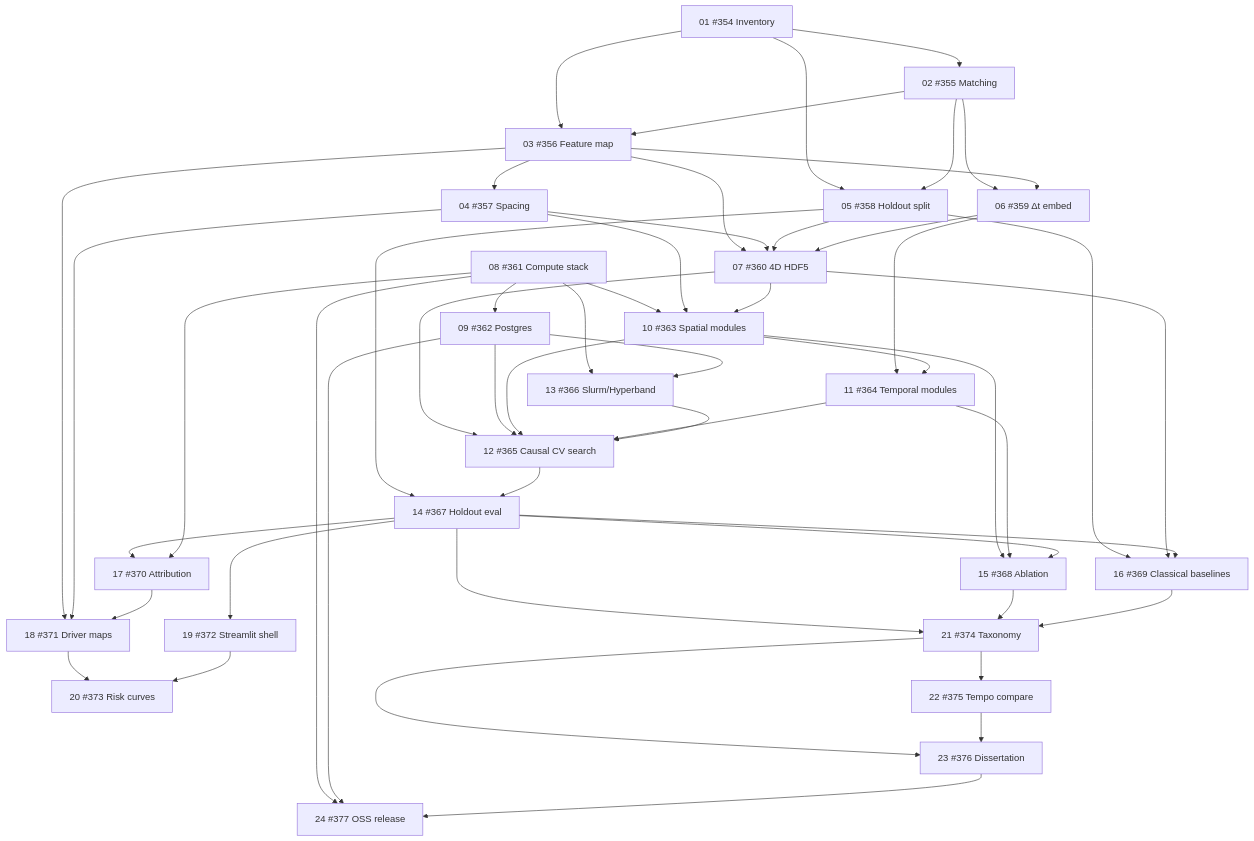
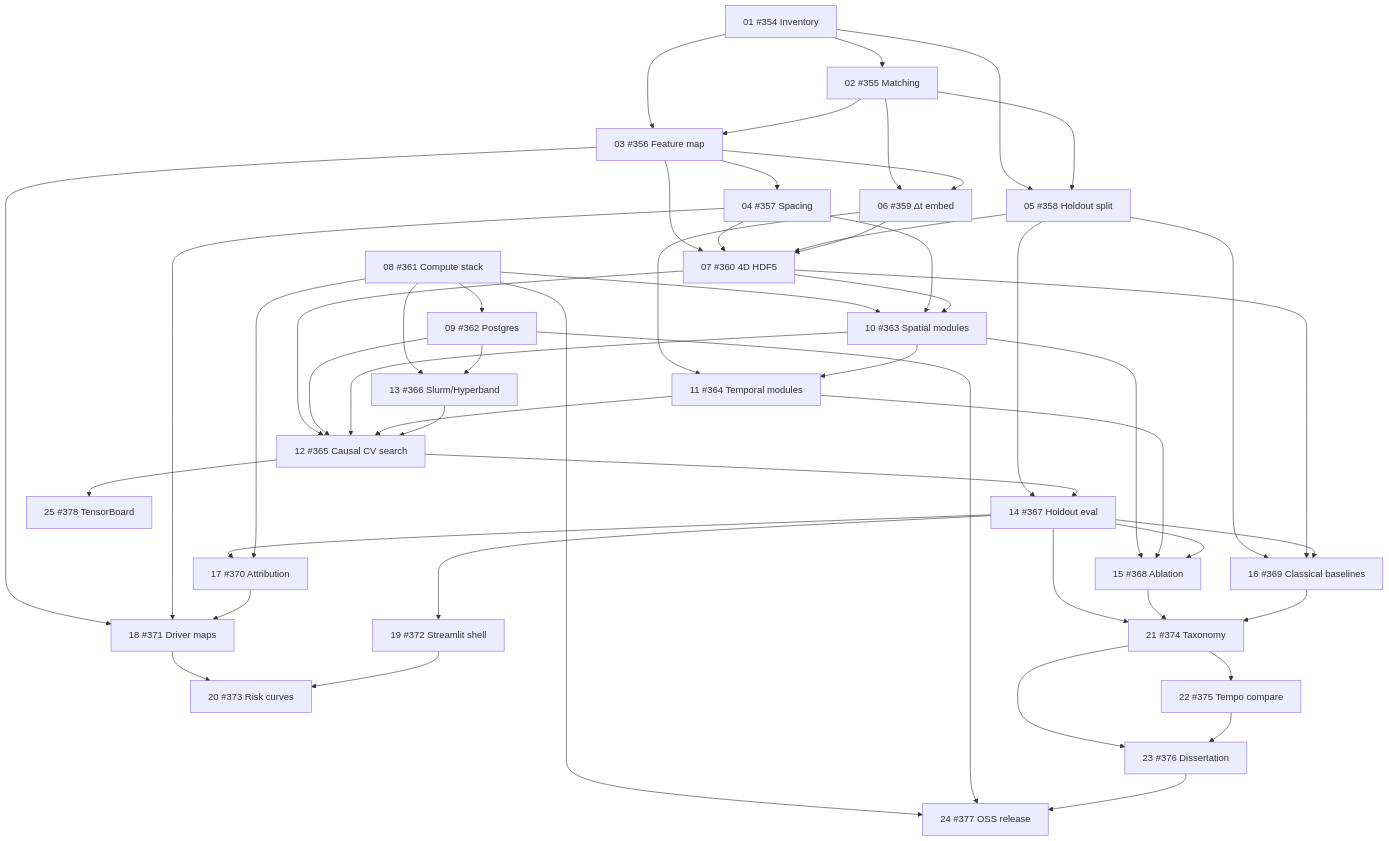
Before and after one commit to AdamCankaya/PhDNeural: the diagram in Bio-NAS/docs/plans/ROADMAP.md, drawn with Mermaid. The commit also changed other lines of this file and 4 other files, not shown here.

Commit message:
docs: integrate TensorBoard logging into training loop plans

````diff
--- a/Bio-NAS/docs/plans/ROADMAP.md
+++ b/Bio-NAS/docs/plans/ROADMAP.md
@@ -58,53 +58,54 @@
 ```mermaid
 flowchart TD
   P01["01 #354 Inventory"] --> P02["02 #355 Matching"]
   P01 --> P03["03 #356 Feature map"]
   P02 --> P03
   P03 --> P04["04 #357 Spacing"]
   P01 --> P05["05 #358 Holdout split"]
   P02 --> P05
   P02 --> P06["06 #359 Δt embed"]
   P03 --> P06
   P03 --> P07["07 #360 4D HDF5"]
   P04 --> P07
   P05 --> P07
   P06 --> P07
   P08["08 #361 Compute stack"] --> P09["09 #362 Postgres"]
   P08 --> P10["10 #363 Spatial modules"]
   P04 --> P10
   P07 --> P10
   P06 --> P11["11 #364 Temporal modules"]
   P10 --> P11
   P08 --> P13["13 #366 Slurm/Hyperband"]
   P09 --> P13
   P07 --> P12["12 #365 Causal CV search"]
   P09 --> P12
   P10 --> P12
   P11 --> P12
   P13 --> P12
   P05 --> P14["14 #367 Holdout eval"]
   P12 --> P14
   P10 --> P15["15 #368 Ablation"]
   P11 --> P15
   P14 --> P15
   P05 --> P16["16 #369 Classical baselines"]
   P07 --> P16
   P14 --> P16
   P14 --> P17["17 #370 Attribution"]
   P08 --> P17
   P03 --> P18["18 #371 Driver maps"]
   P04 --> P18
   P17 --> P18
   P14 --> P19["19 #372 Streamlit shell"]
   P18 --> P20["20 #373 Risk curves"]
   P19 --> P20
   P14 --> P21["21 #374 Taxonomy"]
   P15 --> P21
   P16 --> P21
   P21 --> P22["22 #375 Tempo compare"]
   P21 --> P23["23 #376 Dissertation"]
   P22 --> P23
   P08 --> P24["24 #377 OSS release"]
   P09 --> P24
   P23 --> P24
+  P12 --> P25["25 #378 TensorBoard"]
 ```
````
